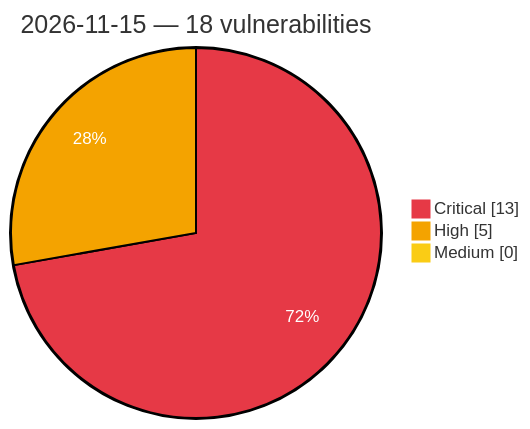
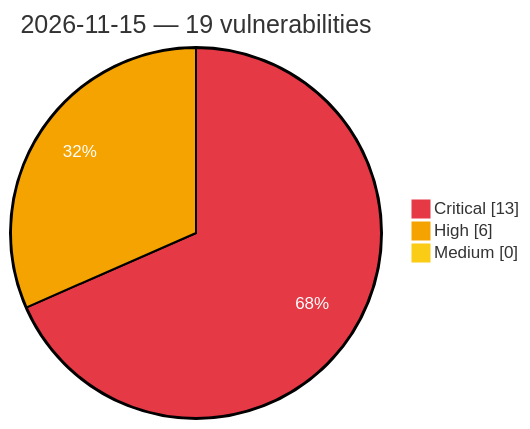
One commit to GhostX0X/vuln-tracker changed the diagram in vulnerabilities/2026/November/2026-11-15.md. Above: the diagram before and after it, drawn with Mermaid. The commit also changed other lines of this file and 5 other files, not shown here.

````diff
--- a/vulnerabilities/2026/November/2026-11-15.md
+++ b/vulnerabilities/2026/November/2026-11-15.md
@@ -3,8 +3,8 @@
 ```mermaid
 %%{init: {'theme':'base', 'themeVariables': {'pie1':'#e63946', 'pie2':'#f4a300', 'pie3':'#facc15', 'pieOpacity':'1', 'pieOuterStrokeWidth':'2px', 'pieSectionTextColor':'#ffffff'}}}%%
 pie showData
-    title 2026-11-15 — 18 vulnerabilities
+    title 2026-11-15 — 19 vulnerabilities
     "Critical" : 13
-    "High" : 5
+    "High" : 6
     "Medium" : 0
 ```
````
